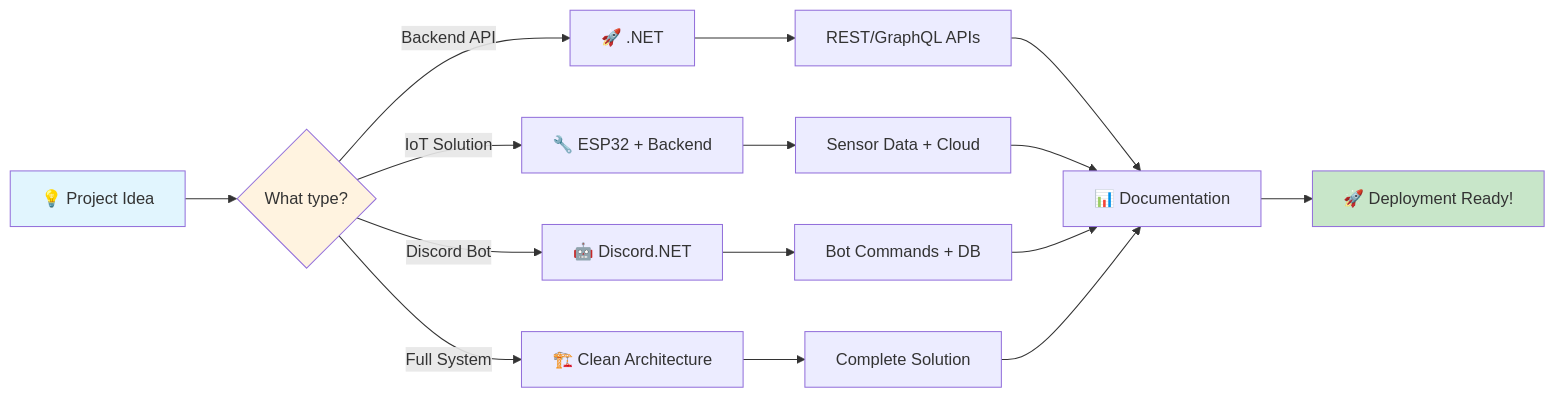
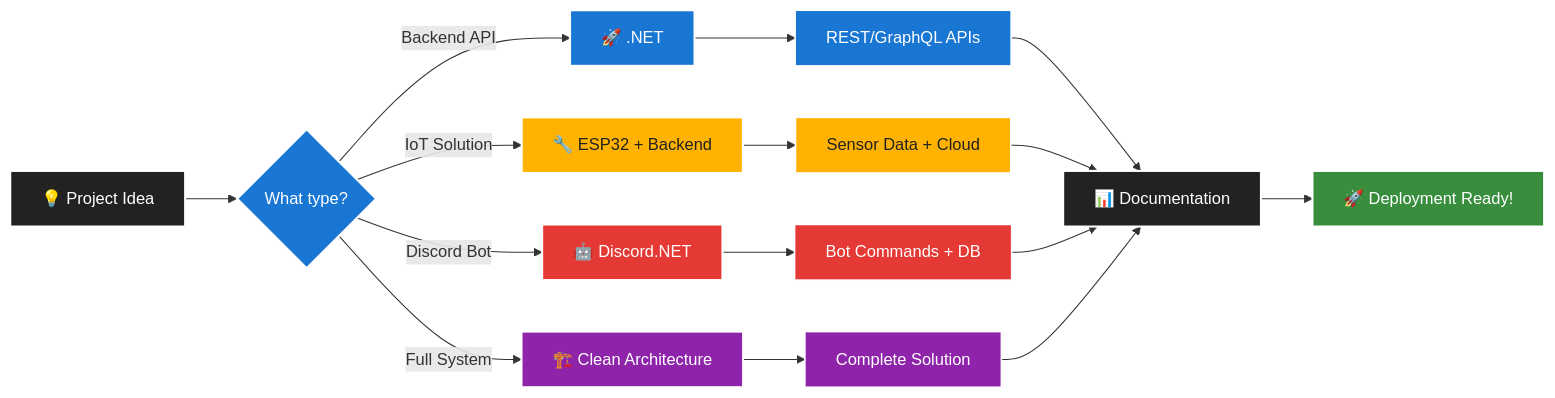
Before and after one commit to fpindej/fpindej: the fifth of 6 diagrams in README.md, drawn with Mermaid. The commit also changed other lines of this file, not shown here.

````diff
--- a/README.md
+++ b/README.md
@@ -231,24 +277,33 @@
 ```mermaid
 flowchart LR
     A[💡 Project Idea] --> B{What type?}
     B -->|Backend API| C[🚀 .NET]
     B -->|IoT Solution| D[🔧 ESP32 + Backend]
     B -->|Discord Bot| E[🤖 Discord.NET]
     B -->|Full System| F[🏗️ Clean Architecture]
     
     C --> G[REST/GraphQL APIs]
     D --> H[Sensor Data + Cloud]
     E --> I[Bot Commands + DB]
     F --> J[Complete Solution]
     
     G --> K[📊 Documentation]
     H --> K
     I --> K
     J --> K
     
     K --> L[🚀 Deployment Ready!]
     
-    style A fill:#e1f5fe
-    style L fill:#c8e6c9
-    style B fill:#fff3e0
+    style A fill:#222,stroke:#fff,stroke-width:2px,color:#fff
+    style L fill:#388e3c,stroke:#fff,stroke-width:2px,color:#fff
+    style B fill:#1976d2,stroke:#fff,stroke-width:2px,color:#fff
+    style C fill:#1976d2,stroke:#fff,stroke-width:2px,color:#fff
+    style D fill:#ffb300,stroke:#fff,stroke-width:2px,color:#222
+    style E fill:#e53935,stroke:#fff,stroke-width:2px,color:#fff
+    style F fill:#8e24aa,stroke:#fff,stroke-width:2px,color:#fff
+    style G fill:#1976d2,stroke:#fff,stroke-width:1.5px,color:#fff
+    style H fill:#ffb300,stroke:#fff,stroke-width:1.5px,color:#222
+    style I fill:#e53935,stroke:#fff,stroke-width:1.5px,color:#fff
+    style J fill:#8e24aa,stroke:#fff,stroke-width:1.5px,color:#fff
+    style K fill:#222,stroke:#fff,stroke-width:2px,color:#fff
 ```
````
